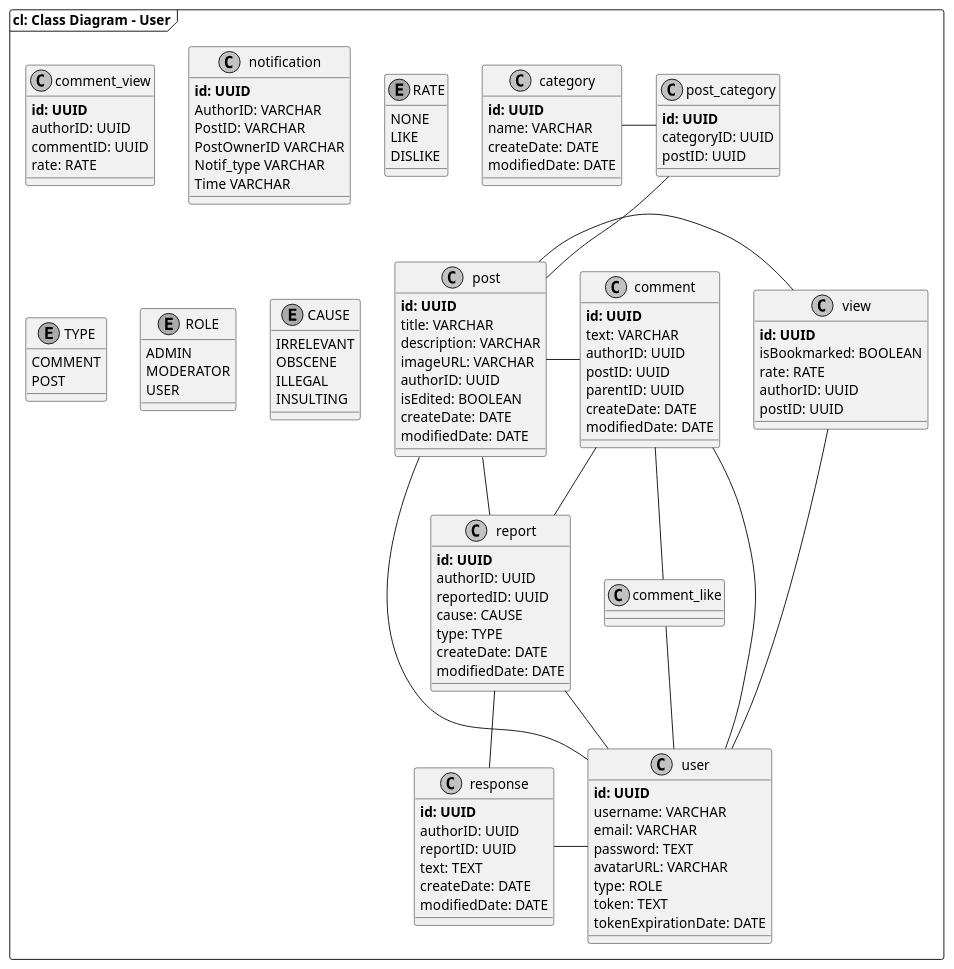
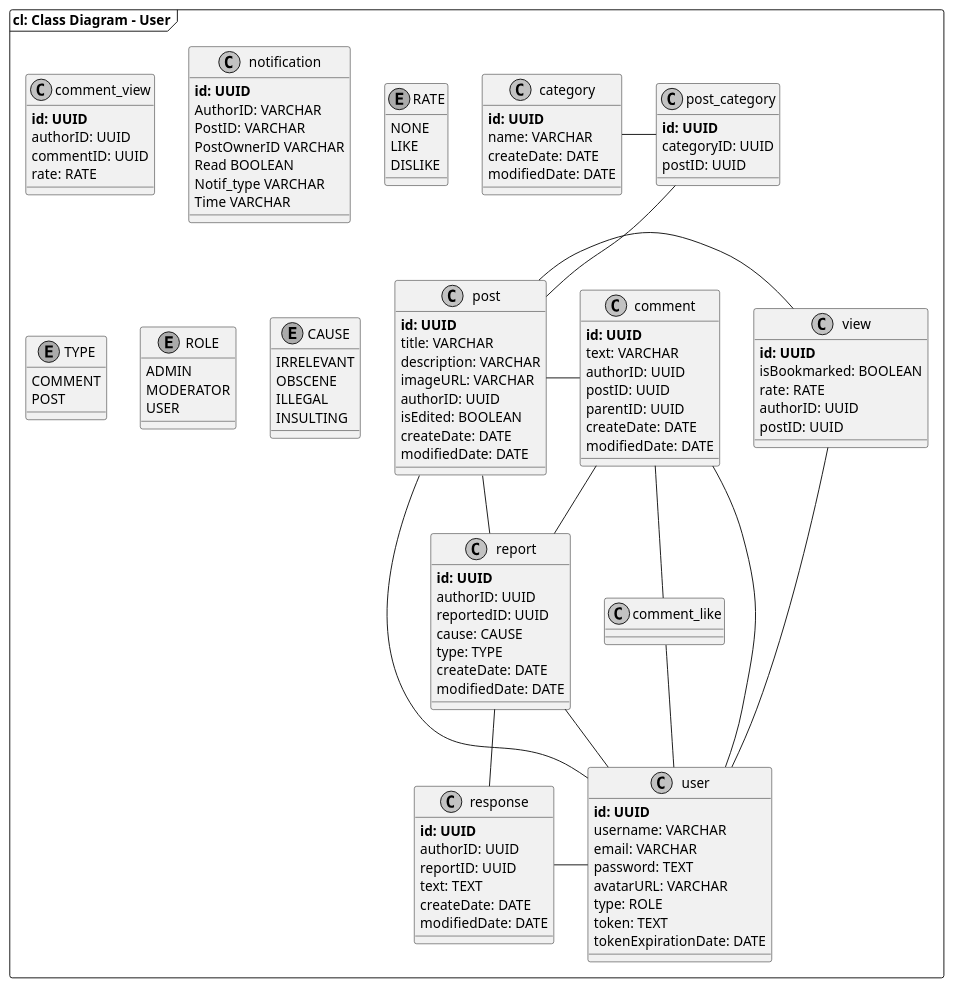
One commit to steb1/forum changed the diagram in data/sql/diagram-class.puml. Above: the diagram before and after it, drawn with PlantUML. The commit also changed 6 other files, not shown here.

```diff
--- a/data/sql/diagram-class.puml
+++ b/data/sql/diagram-class.puml
@@ -2,137 +2,138 @@
 @startuml "user-class-diagram"
 skinparam shadowing false
 skinparam monochrome true
 skinparam component {
     FontSize 20
 }
 
 frame "cl: Class Diagram - User" {
     class user {
         **id: UUID**
         username: VARCHAR
         email: VARCHAR
         password: TEXT
         avatarURL: VARCHAR
         type: ROLE
         token: TEXT
         tokenExpirationDate: DATE
     }
 
     class post {
         **id: UUID**
         title: VARCHAR
         description: VARCHAR
         imageURL: VARCHAR
         authorID: UUID
         isEdited: BOOLEAN
         createDate: DATE
         modifiedDate: DATE
     }
 
     class report {
         **id: UUID**
         authorID: UUID
         reportedID: UUID
         cause: CAUSE
         type: TYPE
         createDate: DATE
         modifiedDate: DATE
     }
 
     class response {
         **id: UUID**
         authorID: UUID
         reportID: UUID
         text: TEXT
         createDate: DATE
         modifiedDate: DATE
     }
 
     class view {
         **id: UUID**
         isBookmarked: BOOLEAN
         rate: RATE
         authorID: UUID
         postID: UUID
     }
 
     class comment_view {
         **id: UUID**
         authorID: UUID
         commentID: UUID
         rate: RATE
     }
 
     class comment {
         **id: UUID**
         text: VARCHAR
         authorID: UUID
         postID: UUID
         parentID: UUID
         createDate: DATE
         modifiedDate: DATE
     }
 
     class post_category {
         **id: UUID**
         categoryID: UUID
         postID: UUID
     }
 
     class category {
         **id: UUID**
         name: VARCHAR
         createDate: DATE
         modifiedDate: DATE
     }
 
     class notification {
         **id: UUID**
         AuthorID: VARCHAR
         PostID: VARCHAR
         PostOwnerID VARCHAR
+        Read BOOLEAN
         Notif_type VARCHAR
         Time VARCHAR
     }
 
     enum RATE {
         NONE
         LIKE
         DISLIKE
     }
 
     enum TYPE {
         COMMENT
         POST
     }
 
     enum ROLE {
         ADMIN
         MODERATOR
         USER
     }
 
     enum CAUSE {
         IRRELEVANT
         OBSCENE
         ILLEGAL
         INSULTING
     }
 
     user -up- view
     user -up- comment
     user -up- comment_like
     user -up- report
     user -up- post
     report -up- comment
     report -up- post
     report -right- response
     user -left- response
     comment_like -up- comment
     comment -left- post
     view -right- post
     post -up- post_category
     post_category -left- category
 }
 
 @enduml
```
